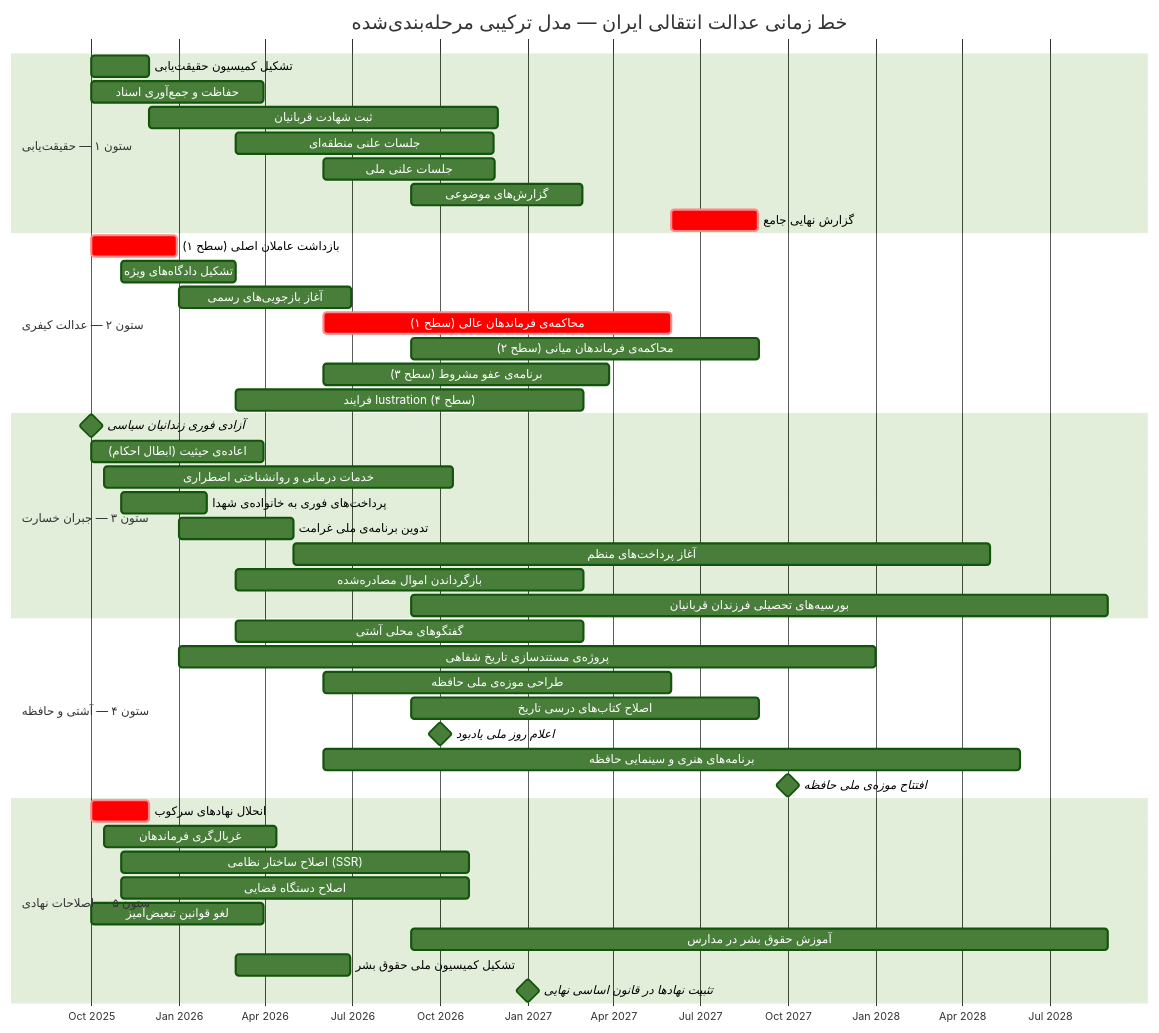
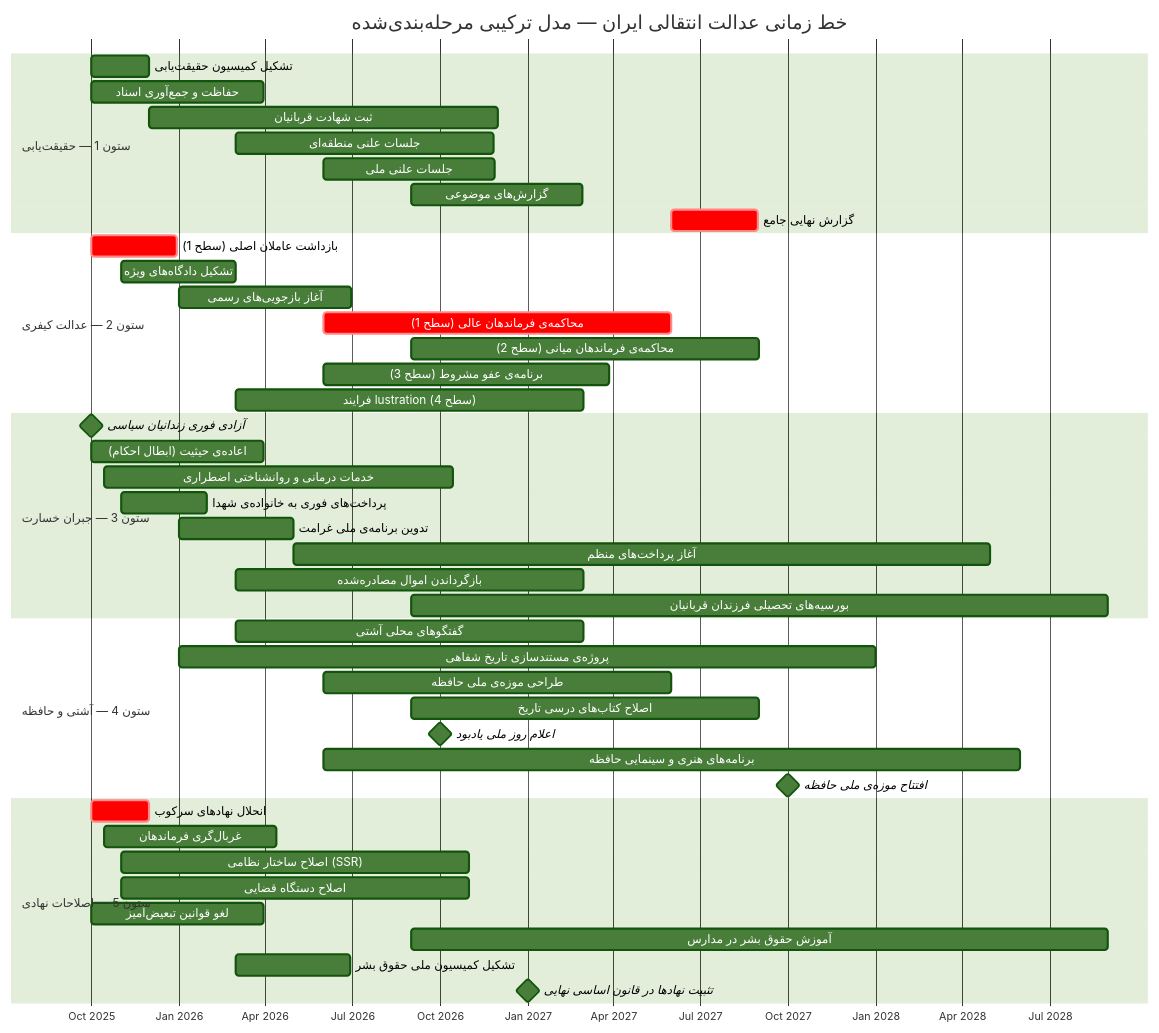
Diagram 35 of 53 in src/content/statements/fa/democratic-transition.md (mahhdy/MahdiSalem.com), drawn with Mermaid (forest theme) before and after one commit. The commit also changed other lines of this file and 37 other files, not shown here.

Commit message:
Fix Mermaid diagram interactions, styling, and fullscreen zooming

````diff
--- a/src/content/statements/fa/democratic-transition.md
+++ b/src/content/statements/fa/democratic-transition.md
@@ -3132,53 +3132,53 @@
 ```mermaid
 gantt
     title خط زمانی عدالت انتقالی ایران — مدل ترکیبی مرحله‌بندی‌شده
     dateFormat  YYYY-MM-DD
     axisFormat %b %Y
 
-    section ستون ۱ — حقیقت‌یابی
+    section ستون 1 — حقیقت‌یابی
     تشکیل کمیسیون حقیقت‌یابی              :t1, 2025-10-01, 60d
     حفاظت و جمع‌آوری اسناد                :t2, 2025-10-01, 180d
     ثبت شهادت قربانیان                     :t3, 2025-12-01, 365d
     جلسات علنی منطقه‌ای                    :t4, 2026-03-01, 270d
     جلسات علنی ملی                         :t5, 2026-06-01, 180d
     گزارش‌های موضوعی                       :t6, 2026-09-01, 180d
     گزارش نهایی جامع                       :crit, t7, 2027-06-01, 90d
 
-    section ستون ۲ — عدالت کیفری
-    بازداشت عاملان اصلی (سطح ۱)            :crit, j1, 2025-10-01, 90d
+    section ستون 2 — عدالت کیفری
+    بازداشت عاملان اصلی (سطح 1)            :crit, j1, 2025-10-01, 90d
     تشکیل دادگاه‌های ویژه                  :j2, 2025-11-01, 120d
     آغاز بازجویی‌های رسمی                  :j3, 2026-01-01, 180d
-    محاکمه‌ی فرماندهان عالی (سطح ۱)        :crit, j4, 2026-06-01, 365d
-    محاکمه‌ی فرماندهان میانی (سطح ۲)       :j5, 2026-09-01, 365d
-    برنامه‌ی عفو مشروط (سطح ۳)             :j6, 2026-06-01, 300d
-    فرایند lustration (سطح ۴)               :j7, 2026-03-01, 365d
+    محاکمه‌ی فرماندهان عالی (سطح 1)        :crit, j4, 2026-06-01, 365d
+    محاکمه‌ی فرماندهان میانی (سطح 2)       :j5, 2026-09-01, 365d
+    برنامه‌ی عفو مشروط (سطح 3)             :j6, 2026-06-01, 300d
+    فرایند lustration (سطح 4)               :j7, 2026-03-01, 365d
 
-    section ستون ۳ — جبران خسارت
+    section ستون 3 — جبران خسارت
     آزادی فوری زندانیان سیاسی              :milestone, r0, 2025-10-01, 0d
     اعاده‌ی حیثیت (ابطال احکام)             :r1, 2025-10-01, 180d
     خدمات درمانی و روانشناختی اضطراری      :r2, 2025-10-15, 365d
     پرداخت‌های فوری به خانواده‌ی شهدا       :r3, 2025-11-01, 90d
     تدوین برنامه‌ی ملی غرامت               :r4, 2026-01-01, 120d
     آغاز پرداخت‌های منظم                    :r5, 2026-05-01, 730d
     بازگرداندن اموال مصادره‌شده             :r6, 2026-03-01, 365d
     بورسیه‌های تحصیلی فرزندان قربانیان      :r7, 2026-09-01, 730d
 
-    section ستون ۴ — آشتی و حافظه
+    section ستون 4 — آشتی و حافظه
     گفتگوهای محلی آشتی                     :m1, 2026-03-01, 365d
     پروژه‌ی مستندسازی تاریخ شفاهی          :m2, 2026-01-01, 730d
     طراحی موزه‌ی ملی حافظه                  :m3, 2026-06-01, 365d
     اصلاح کتاب‌های درسی تاریخ               :m4, 2026-09-01, 365d
     اعلام روز ملی یادبود                    :milestone, m5, 2026-10-01, 0d
     برنامه‌های هنری و سینمایی حافظه         :m6, 2026-06-01, 730d
     افتتاح موزه‌ی ملی حافظه                 :milestone, m7, 2027-10-01, 0d
 
-    section ستون ۵ — اصلاحات نهادی
+    section ستون 5 — اصلاحات نهادی
     انحلال نهادهای سرکوب                   :crit, g1, 2025-10-01, 60d
     غربال‌گری فرماندهان                     :g2, 2025-10-15, 180d
     اصلاح ساختار نظامی (SSR)                :g3, 2025-11-01, 365d
     اصلاح دستگاه قضایی                     :g4, 2025-11-01, 365d
     لغو قوانین تبعیض‌آمیز                   :g5, 2025-10-01, 180d
     آموزش حقوق بشر در مدارس                :g6, 2026-09-01, 730d
     تشکیل کمیسیون ملی حقوق بشر             :g7, 2026-03-01, 120d
     تثبیت نهادها در قانون اساسی نهایی       :milestone, g8, 2027-01-01, 0d
 ```
````
